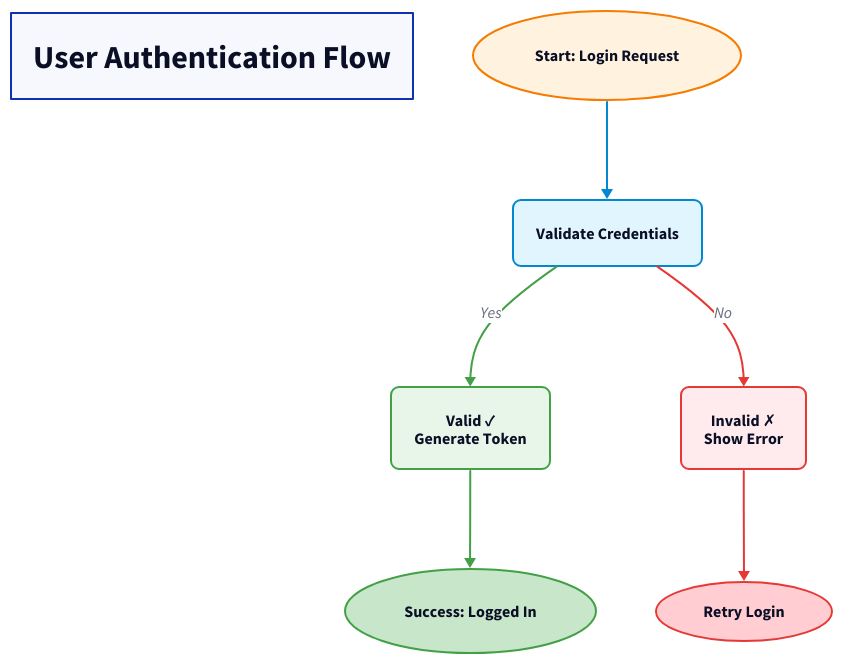
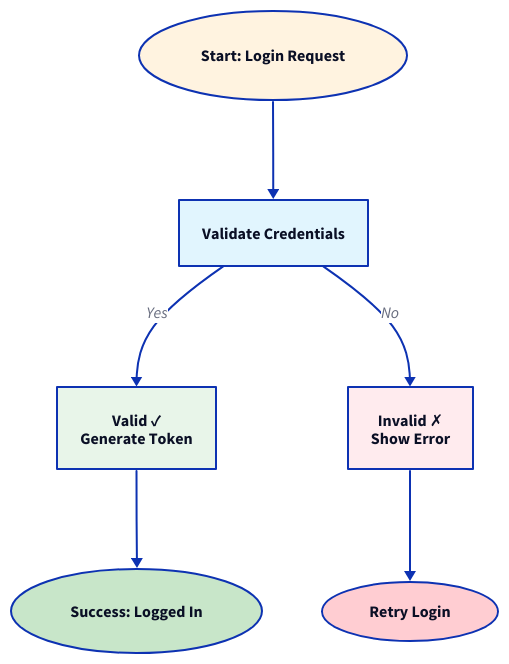
Before and after one commit to neongreen/mono: the diagram in diagram-dsl/examples/d2/decision-flowchart.d2, drawn with D2. The commit also changed 21 other files, not shown here.

```diff
--- a/diagram-dsl/examples/d2/decision-flowchart.d2
+++ b/diagram-dsl/examples/d2/decision-flowchart.d2
@@ -1,76 +1,37 @@
 # Decision Flowchart
 # Equivalent to decision-flowchart.svg from diagram-dsl
 
 direction: down
 
-title: User Authentication Flow {
-  style.font-size: 32
-  style.bold: true
-}
-
 start: Start: Login Request {
   shape: oval
   style.fill: "#fff3e0"
-  style.stroke: "#f57c00"
-  style.stroke-width: 2
 }
 
 validate: Validate Credentials {
   style.fill: "#e1f5fe"
-  style.stroke: "#0288d1"
-  style.stroke-width: 2
-  style.border-radius: 8
 }
 
 valid: "Valid ✓\nGenerate Token" {
   style.fill: "#e8f5e9"
-  style.stroke: "#43a047"
-  style.stroke-width: 2
-  style.border-radius: 8
 }
 
 invalid: "Invalid ✗\nShow Error" {
   style.fill: "#ffebee"
-  style.stroke: "#e53935"
-  style.stroke-width: 2
-  style.border-radius: 8
 }
 
 success: Success: Logged In {
   shape: oval
   style.fill: "#c8e6c9"
-  style.stroke: "#43a047"
-  style.stroke-width: 2
 }
 
 retry: Retry Login {
   shape: oval
   style.fill: "#ffcdd2"
-  style.stroke: "#e53935"
-  style.stroke-width: 2
 }
 
-start -> validate: {
-  style.stroke: "#0288d1"
-  style.stroke-width: 2
-}
-
-validate -> valid: Yes {
-  style.stroke: "#43a047"
-  style.stroke-width: 2
-}
-
-validate -> invalid: No {
-  style.stroke: "#e53935"
-  style.stroke-width: 2
-}
-
-valid -> success: {
-  style.stroke: "#43a047"
-  style.stroke-width: 2
-}
-
-invalid -> retry: {
-  style.stroke: "#e53935"
-  style.stroke-width: 2
-}
+start -> validate
+validate -> valid: Yes
+validate -> invalid: No
+valid -> success
+invalid -> retry
```
